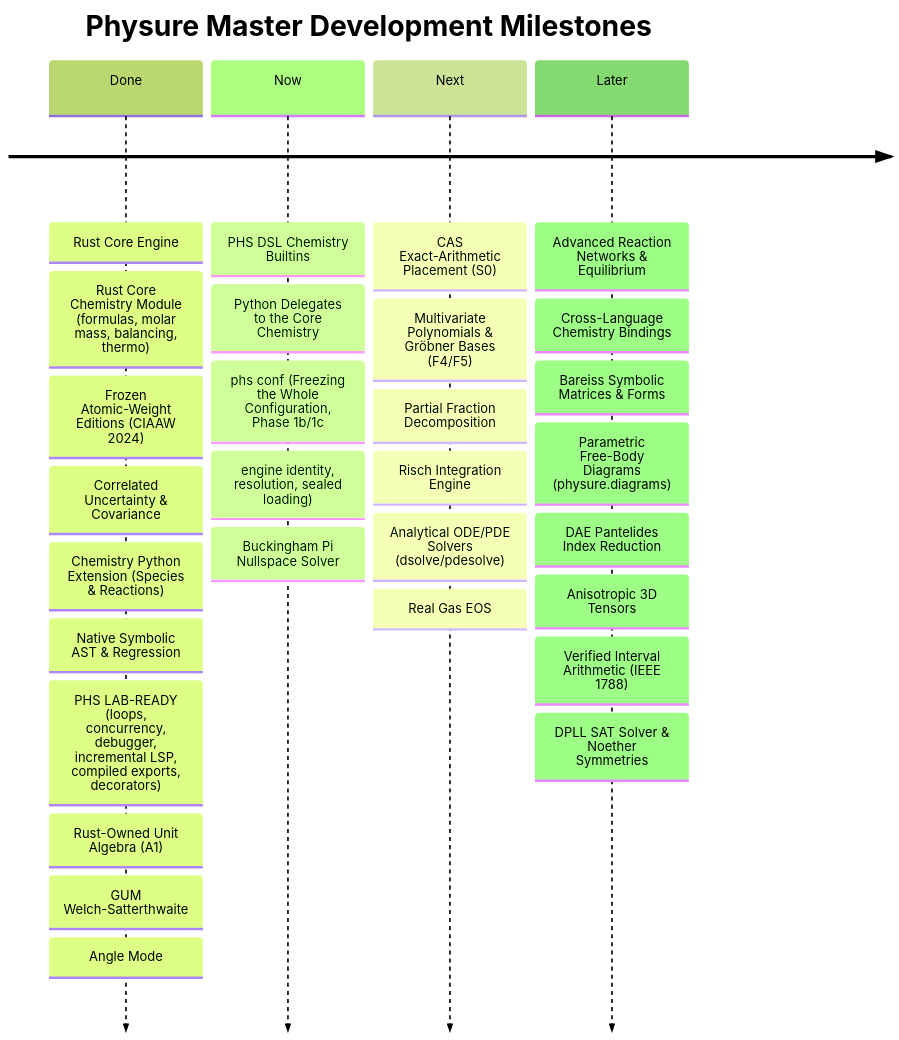
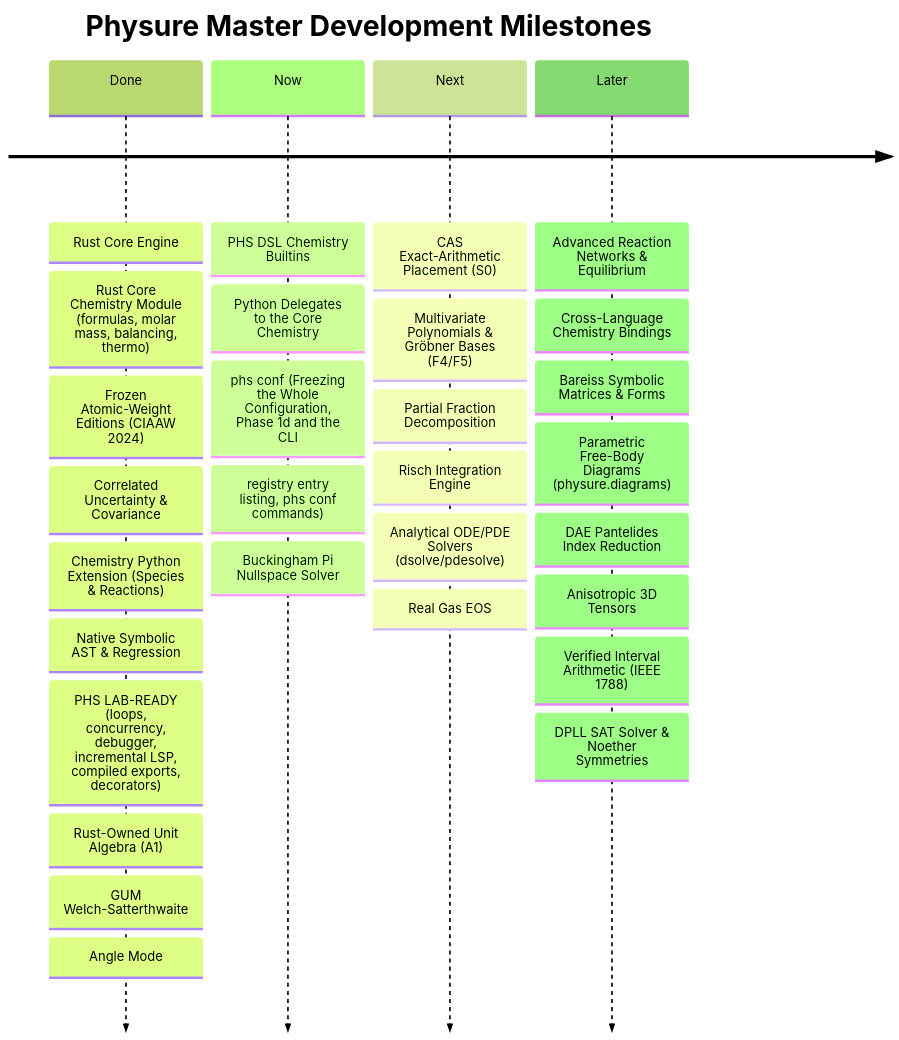
Before and after one commit to Alexisrx96/physure: the diagram in ROADMAP.md, drawn with Mermaid (forest theme). The commit also changed other lines of this file and 4 other files, not shown here.

First line of the commit message:
docs: loading a frozen configuration — changelog, structure, roadmap, spec rules and residual risks

````diff
--- a/ROADMAP.md
+++ b/ROADMAP.md
@@ -61,8 +61,8 @@
 ```mermaid
 timeline
     title Physure Master Development Milestones
     Done : Rust Core Engine : Rust Core Chemistry Module (formulas, molar mass, balancing, thermo) : Frozen Atomic-Weight Editions (CIAAW 2024) : Correlated Uncertainty & Covariance : Chemistry Python Extension (Species & Reactions) : Native Symbolic AST & Regression : PHS LAB-READY (loops, concurrency, debugger, incremental LSP, compiled exports, decorators) : Rust-Owned Unit Algebra (A1) : GUM Welch-Satterthwaite : Angle Mode
-    Now : PHS DSL Chemistry Builtins : Python Delegates to the Core Chemistry : phs conf (Freezing the Whole Configuration, Phase 1b/1c: engine identity, resolution, sealed loading) : Buckingham Pi Nullspace Solver
+    Now : PHS DSL Chemistry Builtins : Python Delegates to the Core Chemistry : phs conf (Freezing the Whole Configuration, Phase 1d and the CLI: registry entry listing, phs conf commands) : Buckingham Pi Nullspace Solver
     Next : CAS Exact-Arithmetic Placement (S0) : Multivariate Polynomials & Gröbner Bases (F4/F5) : Partial Fraction Decomposition : Risch Integration Engine : Analytical ODE/PDE Solvers (dsolve/pdesolve) : Real Gas EOS
     Later : Advanced Reaction Networks & Equilibrium : Cross-Language Chemistry Bindings : Bareiss Symbolic Matrices & Forms : Parametric Free-Body Diagrams (physure.diagrams) : DAE Pantelides Index Reduction : Anisotropic 3D Tensors : Verified Interval Arithmetic (IEEE 1788) : DPLL SAT Solver & Noether Symmetries
 ```
````
